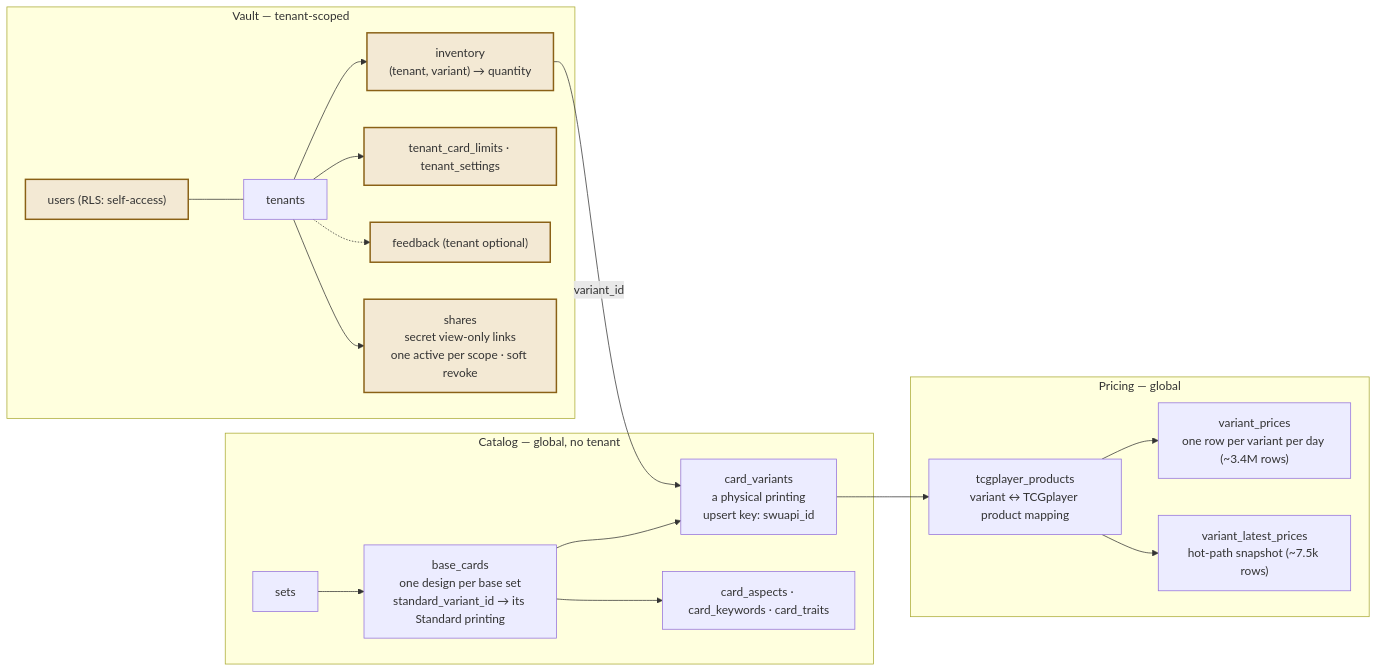
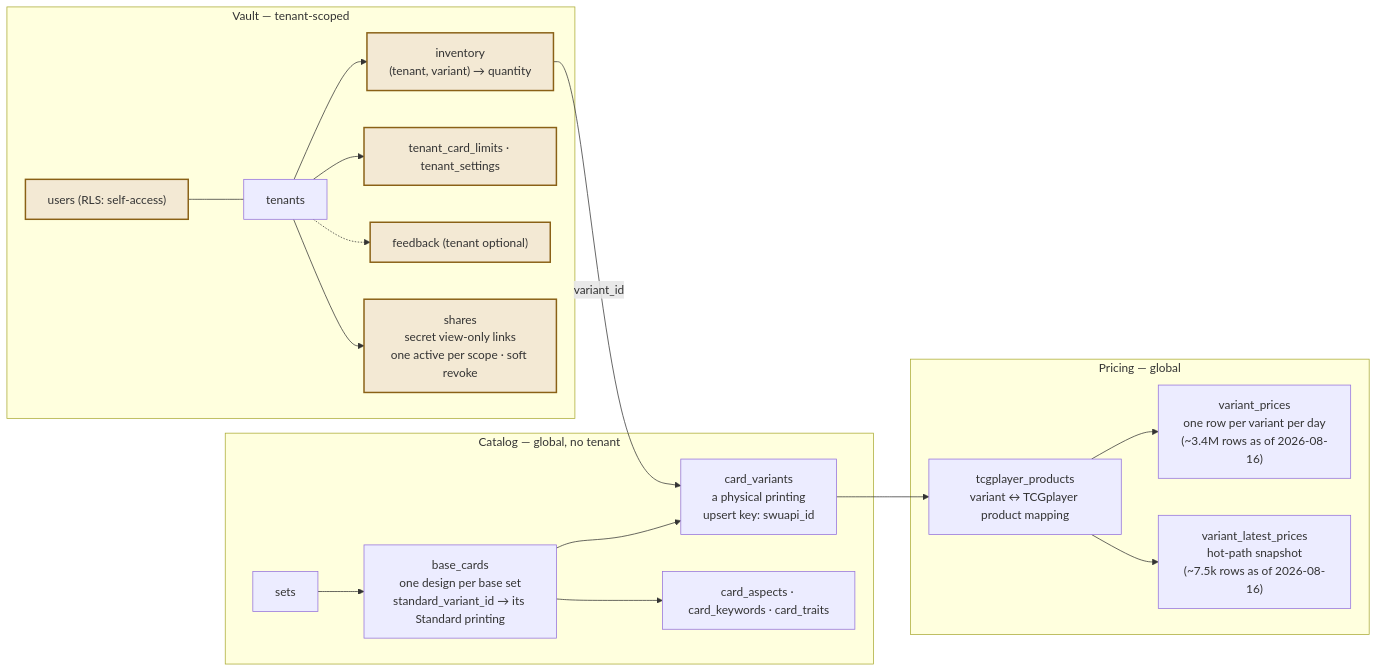
The third of 4 diagrams in specification_documents/architecture/Architecture_Logical.md (whitebreadisu/hyperspacevault), drawn with Mermaid before and after one commit. The commit also changed other lines of this file and 8 other files, not shown here.

First line of the commit message:
docs: BL-271 architecture views regenerated as of v2.0.1 / main d3118c5 (phone layout, scanner, PostHog relay, CI matrix, promote gate) (#274)

````diff
--- a/specification_documents/architecture/Architecture_Logical.md
+++ b/specification_documents/architecture/Architecture_Logical.md
@@ -103,39 +128,39 @@
 ```mermaid
 flowchart LR
   subgraph catalog["Catalog — global, no tenant"]
     sets["sets"]
     base_cards["base_cards<br/>one design per base set<br/>standard_variant_id → its Standard printing"]
     card_variants["card_variants<br/>a physical printing<br/>upsert key: swuapi_id"]
     attrs["card_aspects · card_keywords · card_traits"]
     sets --> base_cards --> card_variants
     base_cards --> attrs
   end
 
   subgraph pricing["Pricing — global"]
     products["tcgplayer_products<br/>variant ↔ TCGplayer product mapping"]
-    prices["variant_prices<br/>one row per variant per day (~3.4M rows)"]
-    latest["variant_latest_prices<br/>hot-path snapshot (~7.5k rows)"]
+    prices["variant_prices<br/>one row per variant per day<br/>(~3.4M rows as of 2026-08-16)"]
+    latest["variant_latest_prices<br/>hot-path snapshot<br/>(~7.5k rows as of 2026-08-16)"]
     card_variants --> products
     products --> prices
     products --> latest
   end
 
   subgraph vault["Vault — tenant-scoped"]
     tenants["tenants"]
     users["users (RLS: self-access)"]
     inventory["inventory<br/>(tenant, variant) → quantity"]
     limits["tenant_card_limits · tenant_settings"]
     feedback["feedback (tenant optional)"]
     shares["shares<br/>secret view-only links<br/>one active per scope · soft revoke"]
     tenants --> inventory
     tenants --> limits
     users --- tenants
     tenants -.-> feedback
     tenants --> shares
   end
 
   inventory -->|"variant_id"| card_variants
 
   classDef rls fill:#F3E9D4,stroke:#8A6116,stroke-width:2px;
   class users,inventory,limits,feedback,shares rls;
 ```
````
